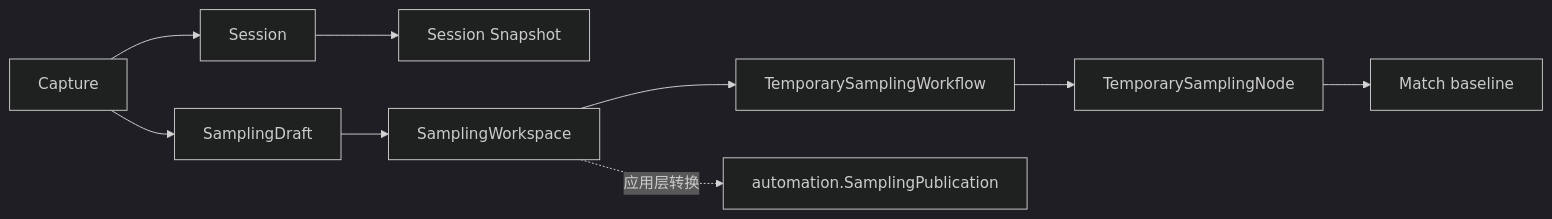
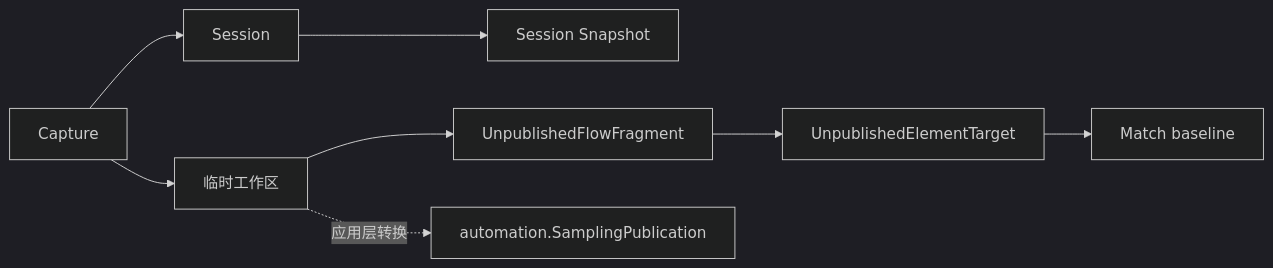
One commit to Capsule7446/healix-core changed the first of 2 diagrams in docs/domains/sampling.md. Above: the diagram before and after it, drawn with Mermaid (dark theme). The commit also changed other lines of this file and 380 other files, not shown here.

````diff
--- a/docs/domains/sampling.md
+++ b/docs/domains/sampling.md
@@ -6,11 +9,10 @@
 ```mermaid
 flowchart LR
   Capture[Capture] --> Session
   Session --> SessionSnapshot[Session Snapshot]
-  Capture --> Draft[SamplingDraft]
-  Draft --> Workspace[SamplingWorkspace]
-  Workspace --> TempWF[TemporarySamplingWorkflow]
-  TempWF --> TempNode[TemporarySamplingNode]
+  Capture --> Workspace[临时工作区]
+  Workspace --> TempWF[UnpublishedFlowFragment]
+  TempWF --> TempNode[UnpublishedElementTarget]
   TempNode --> Match[Match baseline]
   Workspace -.应用层转换.-> Publication[automation.SamplingPublication]
 ```
````
